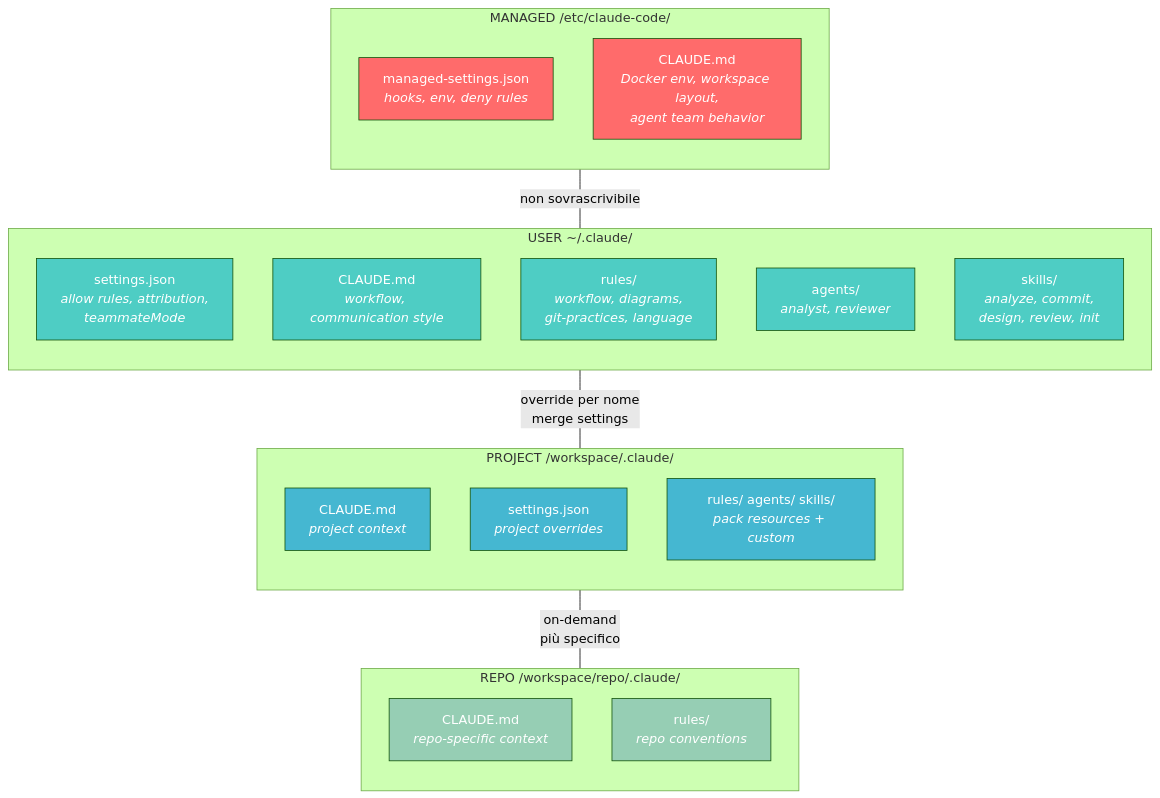
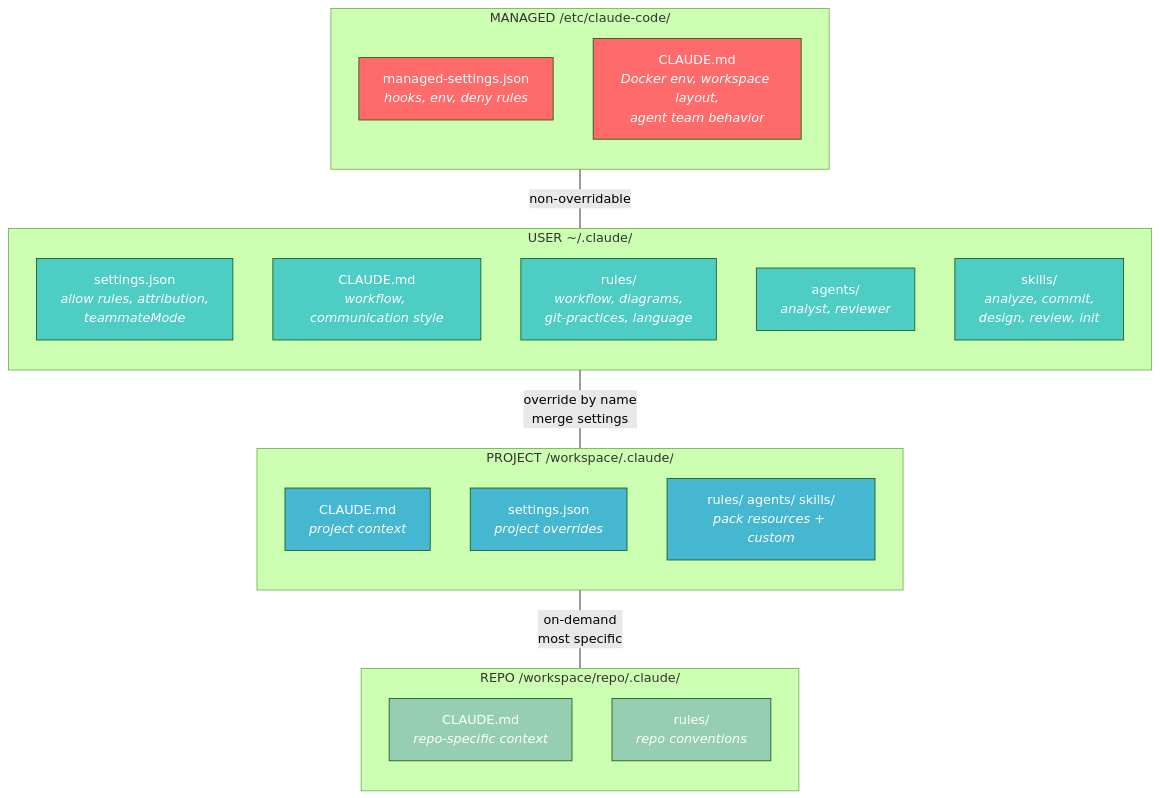
The second of 2 diagrams in docs/maintainer/scope-hierarchy/analysis.md (alergyonthestage/claude-orchestrator), drawn with Mermaid (forest theme) before and after one commit. The commit also changed other lines of this file and 18 other files, not shown here.

````diff
--- a/docs/maintainer/scope-hierarchy/analysis.md
+++ b/docs/maintainer/scope-hierarchy/analysis.md
@@ -653,47 +653,47 @@
 ```mermaid
 graph TB
     subgraph "MANAGED /etc/claude-code/"
         direction TB
         MS["managed-settings.json<br/><i>hooks, env, deny rules</i>"]
         MC["CLAUDE.md<br/><i>Docker env, workspace layout,<br/>agent team behavior</i>"]
     end
 
     subgraph "USER ~/.claude/"
         direction TB
         US["settings.json<br/><i>allow rules, attribution,<br/>teammateMode</i>"]
         UC["CLAUDE.md<br/><i>workflow, communication style</i>"]
         UR["rules/<br/><i>workflow, diagrams,<br/>git-practices, language</i>"]
         UA["agents/<br/><i>analyst, reviewer</i>"]
         UK["skills/<br/><i>analyze, commit,<br/>design, review, init</i>"]
     end
 
     subgraph "PROJECT /workspace/.claude/"
         direction TB
         PC["CLAUDE.md<br/><i>project context</i>"]
         PS["settings.json<br/><i>project overrides</i>"]
         PR["rules/ agents/ skills/<br/><i>pack resources + custom</i>"]
     end
 
     subgraph "REPO /workspace/repo/.claude/"
         direction TB
         RC["CLAUDE.md<br/><i>repo-specific context</i>"]
         RR["rules/<br/><i>repo conventions</i>"]
     end
 
-    MS ---|"non sovrascrivibile"| US
-    US ---|"override per nome<br/>merge settings"| PS
-    PS ---|"on-demand<br/>più specifico"| RC
+    MS ---|"non-overridable"| US
+    US ---|"override by name<br/>merge settings"| PS
+    PS ---|"on-demand<br/>most specific"| RC
 
     style MS fill:#ff6b6b,color:#fff
     style MC fill:#ff6b6b,color:#fff
     style US fill:#4ecdc4,color:#fff
     style UC fill:#4ecdc4,color:#fff
     style UR fill:#4ecdc4,color:#fff
     style UA fill:#4ecdc4,color:#fff
     style UK fill:#4ecdc4,color:#fff
     style PC fill:#45b7d1,color:#fff
     style PS fill:#45b7d1,color:#fff
     style PR fill:#45b7d1,color:#fff
     style RC fill:#96ceb4,color:#fff
     style RR fill:#96ceb4,color:#fff
 ```
````
